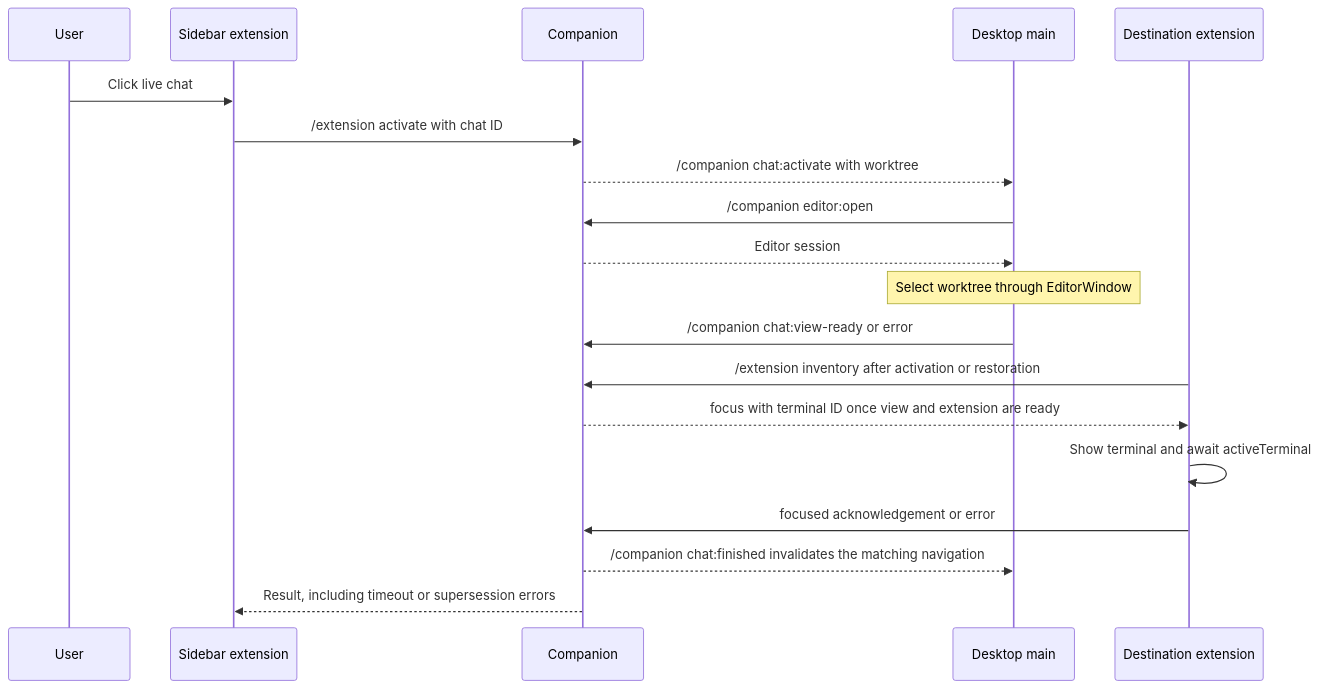
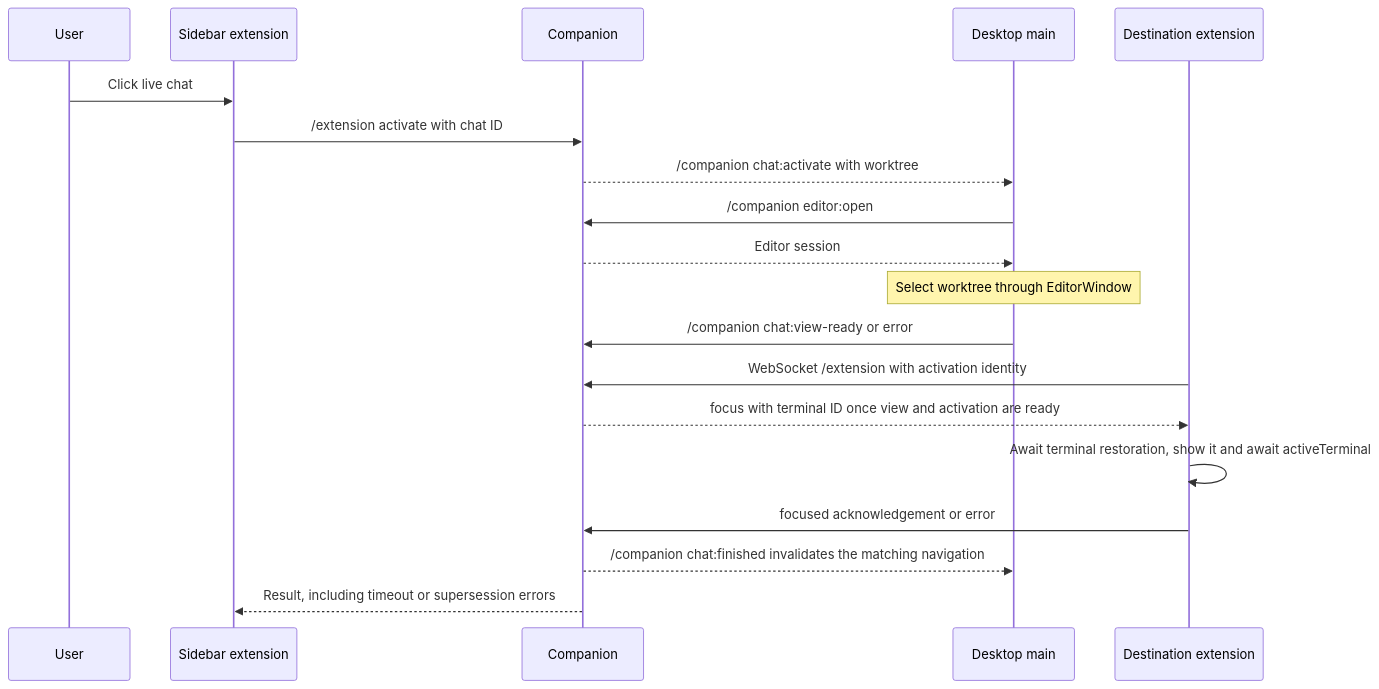
Before and after one commit to takeshibaconsuzuki/ade-overlay: the third of 14 diagrams in AGENTS.md, drawn with Mermaid. The commit also changed other lines of this file and 17 other files, not shown here.

First line of the commit message:
Remove terminal inventory waits from provider launches

````diff
--- a/AGENTS.md
+++ b/AGENTS.md
@@ -130,21 +131,21 @@
 ```mermaid
 sequenceDiagram
     participant User
     participant Source as Sidebar extension
     participant Server as Companion
     participant App as Desktop main
     participant Target as Destination extension
     User->>Source: Click live chat
     Source->>Server: /extension activate with chat ID
     Server-->>App: /companion chat:activate with worktree
     App->>Server: /companion editor:open
     Server-->>App: Editor session
     Note over App: Select worktree through EditorWindow
     App->>Server: /companion chat:view-ready or error
-    Target->>Server: /extension inventory after activation or restoration
-    Server-->>Target: focus with terminal ID once view and extension are ready
-    Target->>Target: Show terminal and await activeTerminal
+    Target->>Server: WebSocket /extension with activation identity
+    Server-->>Target: focus with terminal ID once view and activation are ready
+    Target->>Target: Await terminal restoration, show it and await activeTerminal
     Target->>Server: focused acknowledgement or error
     Server-->>App: /companion chat:finished invalidates the matching navigation
     Server-->>Source: Result, including timeout or supersession errors
 ```
````
